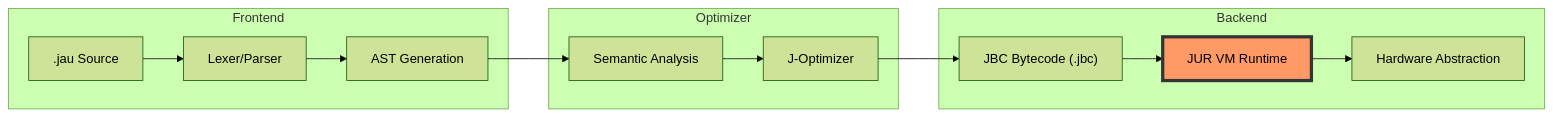
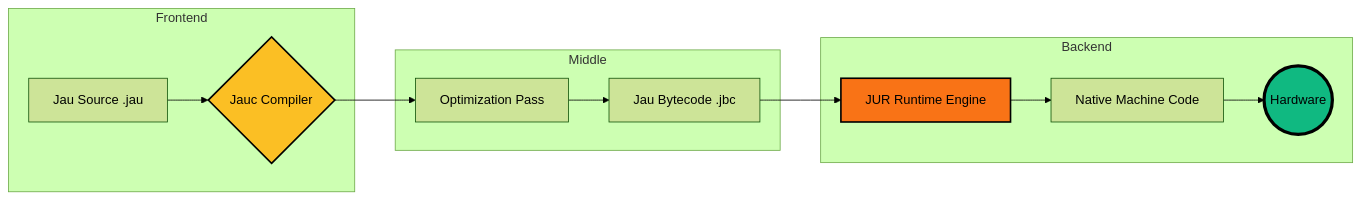
Before and after one commit to DeathAmir/Jau-lang: the diagram in README.md, drawn with Mermaid (forest theme). The commit also changed other lines of this file, not shown here.

````diff
--- a/README.md
+++ b/README.md
@@ -42,20 +59,18 @@
 ```mermaid
 graph LR
     subgraph Frontend
-    A[".jau Source"] --> B["Lexer/Parser"]
-    B --> C["AST Generation"]
+    A[Jau Source .jau] --> B{Jauc Compiler}
     end
-    
-    subgraph Optimizer
-    C --> D["Semantic Analysis"]
-    D --> E["J-Optimizer"]
+    subgraph Middle
+    B --> C[Optimization Pass]
+    C --> D[Jau Bytecode .jbc]
     end
-    
     subgraph Backend
-    E --> F["JBC Bytecode (.jbc)"]
-    F --> G["JUR VM Runtime"]
-    G --> H["Hardware Abstraction"]
+    D --> E[JUR Runtime Engine]
+    E --> F[Native Machine Code]
+    F --> G((Hardware))
     end
-    
-    style G fill:#f96,stroke:#333,stroke-width:4px
+    style B fill:#fbbf24,stroke:#000,stroke-width:2px
+    style E fill:#f97316,stroke:#000,stroke-width:2px
+    style G fill:#10b981,stroke:#000,stroke-width:4px
 ```
````
